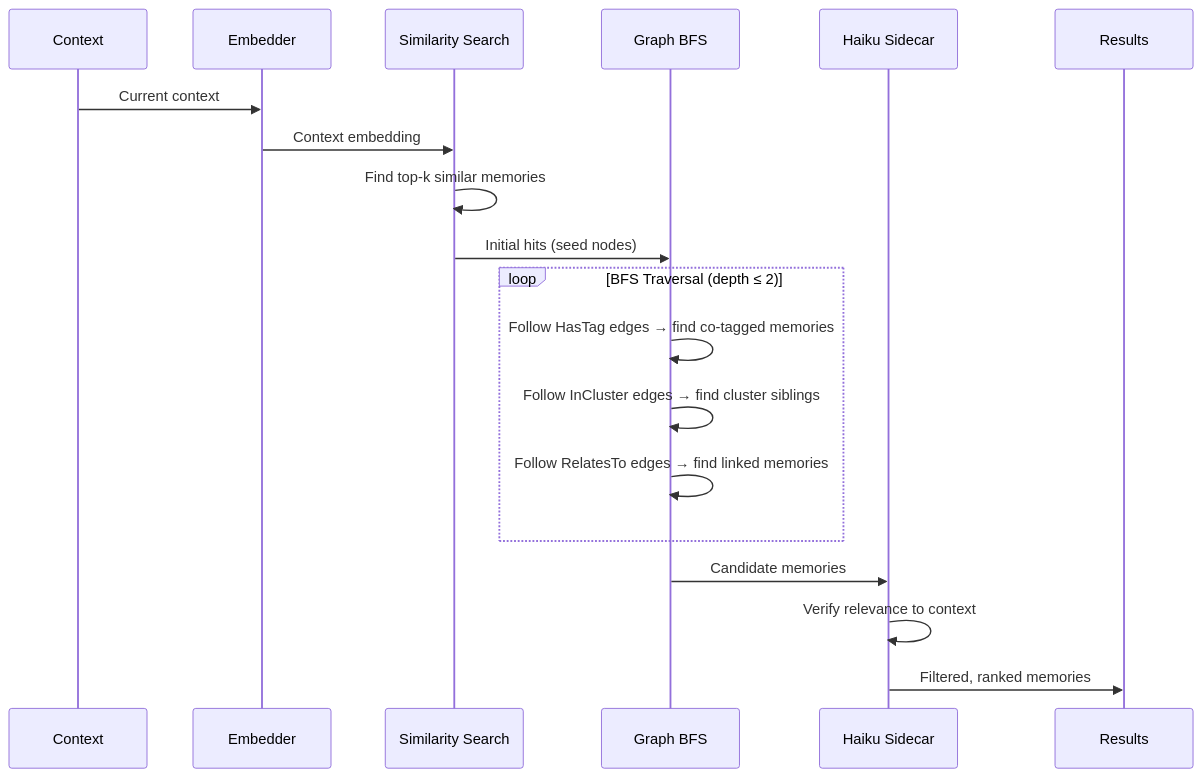
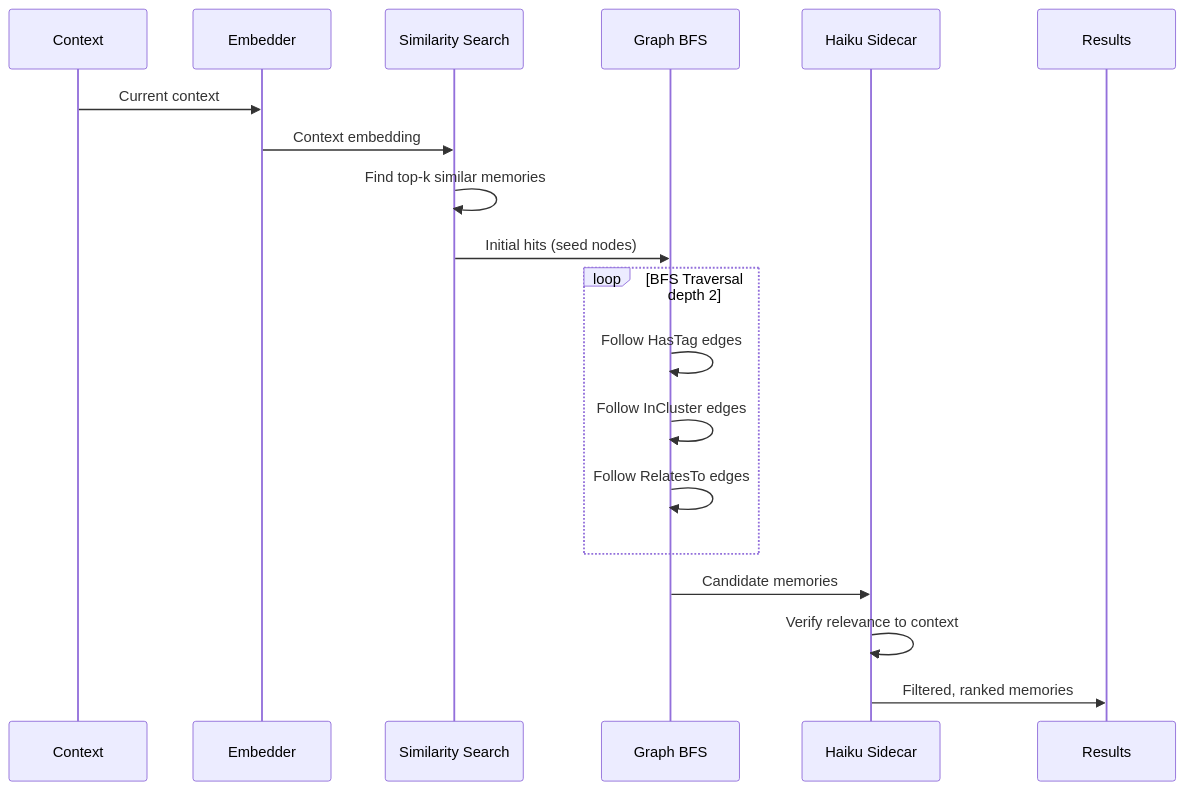
One commit to iamrohithrnair/minnal changed the fourth of 7 diagrams in docs/MEMORY_ARCHITECTURE.md. Above: the diagram before and after it, drawn with Mermaid. The commit also changed other lines of this file, not shown here.

First line of the commit message:
Convert ASCII diagrams to mermaid in memory architecture

````diff
--- a/docs/MEMORY_ARCHITECTURE.md
+++ b/docs/MEMORY_ARCHITECTURE.md
@@ -221,24 +221,24 @@
 ```mermaid
 sequenceDiagram
     participant C as Context
     participant E as Embedder
     participant S as Similarity Search
     participant G as Graph BFS
     participant H as Haiku Sidecar
     participant R as Results
 
     C->>E: Current context
     E->>S: Context embedding
     S->>S: Find top-k similar memories
     S->>G: Initial hits (seed nodes)
 
-    loop BFS Traversal (depth ≤ 2)
-        G->>G: Follow HasTag edges → find co-tagged memories
-        G->>G: Follow InCluster edges → find cluster siblings
-        G->>G: Follow RelatesTo edges → find linked memories
+    loop BFS Traversal depth 2
+        G->>G: Follow HasTag edges
+        G->>G: Follow InCluster edges
+        G->>G: Follow RelatesTo edges
     end
 
     G->>H: Candidate memories
     H->>H: Verify relevance to context
     H->>R: Filtered, ranked memories
 ```
````
